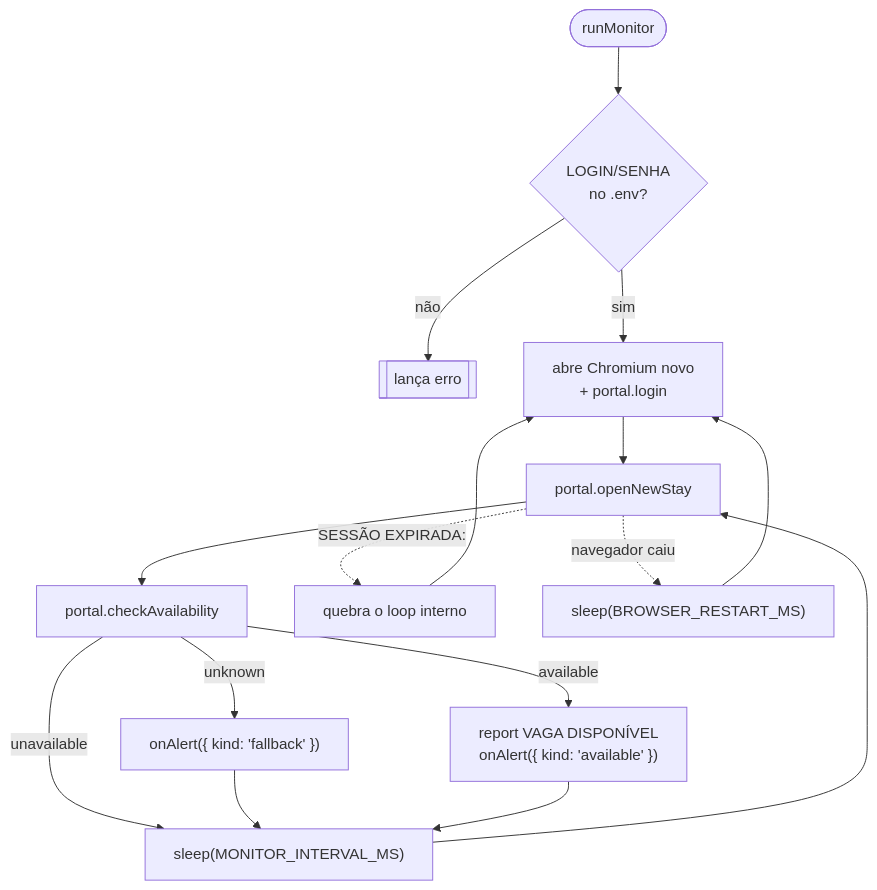
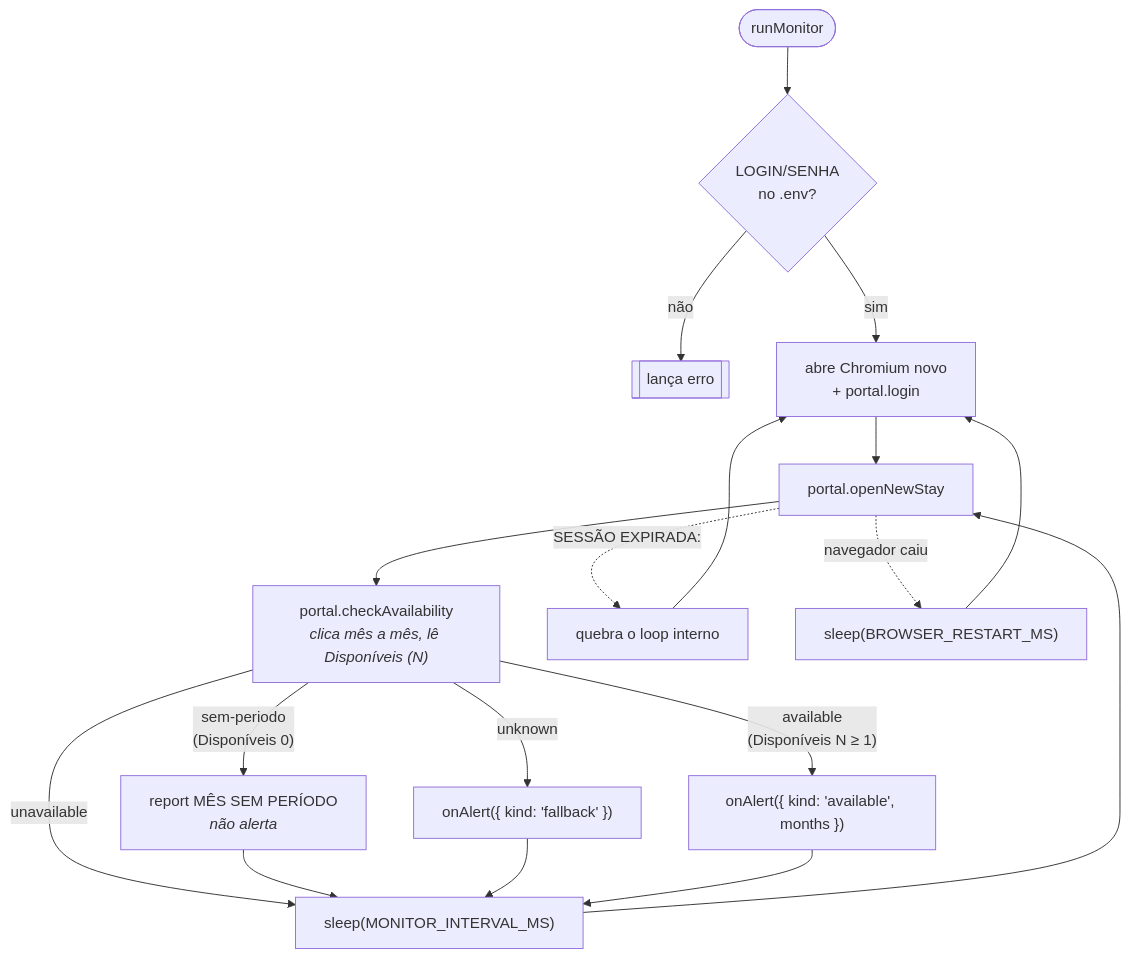
One commit to VNCHub/farol-bertioga changed the second of 2 diagrams in docs/ARQUITETURA.md. Above: the diagram before and after it, drawn with Mermaid. The commit also changed other lines of this file and 12 other files, not shown here.

````diff
--- a/docs/ARQUITETURA.md
+++ b/docs/ARQUITETURA.md
@@ -139,15 +153,16 @@
 ```mermaid
 flowchart TD
     START([runMonitor]) --> CRED{"LOGIN/SENHA<br/>no .env?"}
     CRED -->|não| ERR[["lança erro"]]
     CRED -->|sim| OPEN["abre Chromium novo<br/>+ portal.login"]
     OPEN --> STAY["portal.openNewStay"]
-    STAY --> CHECK["portal.checkAvailability"]
+    STAY --> CHECK["portal.checkAvailability<br/><i>clica mês a mês, lê Disponíveis (N)</i>"]
     CHECK -->|unavailable| WAIT
+    CHECK -->|"sem-periodo<br/>(Disponíveis 0)"| SP["report MÊS SEM PERÍODO<br/><i>não alerta</i>"] --> WAIT
     CHECK -->|unknown| FB["onAlert({ kind: 'fallback' })"] --> WAIT
-    CHECK -->|available| AV["report VAGA DISPONÍVEL<br/>onAlert({ kind: 'available' })"] --> WAIT
+    CHECK -->|"available<br/>(Disponíveis N ≥ 1)"| AV["onAlert({ kind: 'available', months })"] --> WAIT
     WAIT["sleep(MONITOR_INTERVAL_MS)"] --> STAY
 
     STAY -. "SESSÃO EXPIRADA:" .-> RELOGIN["quebra o loop interno"] --> OPEN
     STAY -. "navegador caiu" .-> RESTART["sleep(BROWSER_RESTART_MS)"] --> OPEN
 ```
````
